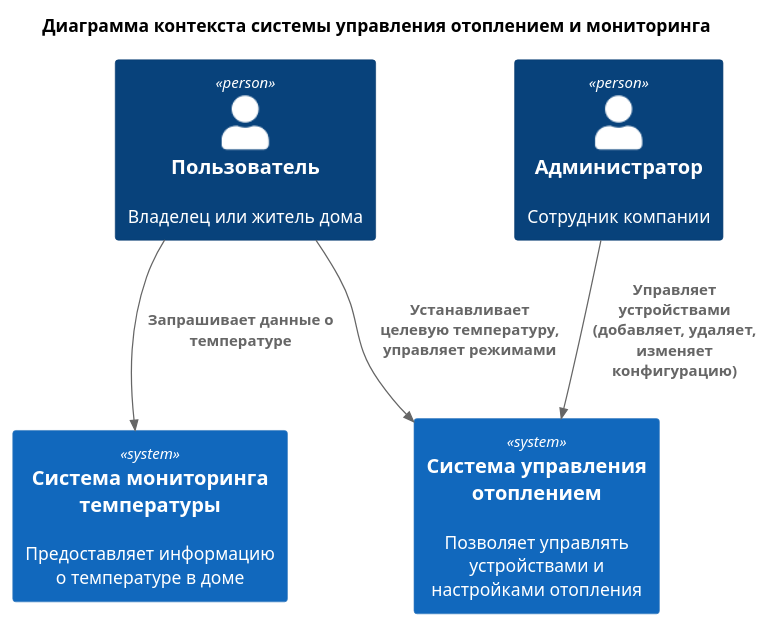
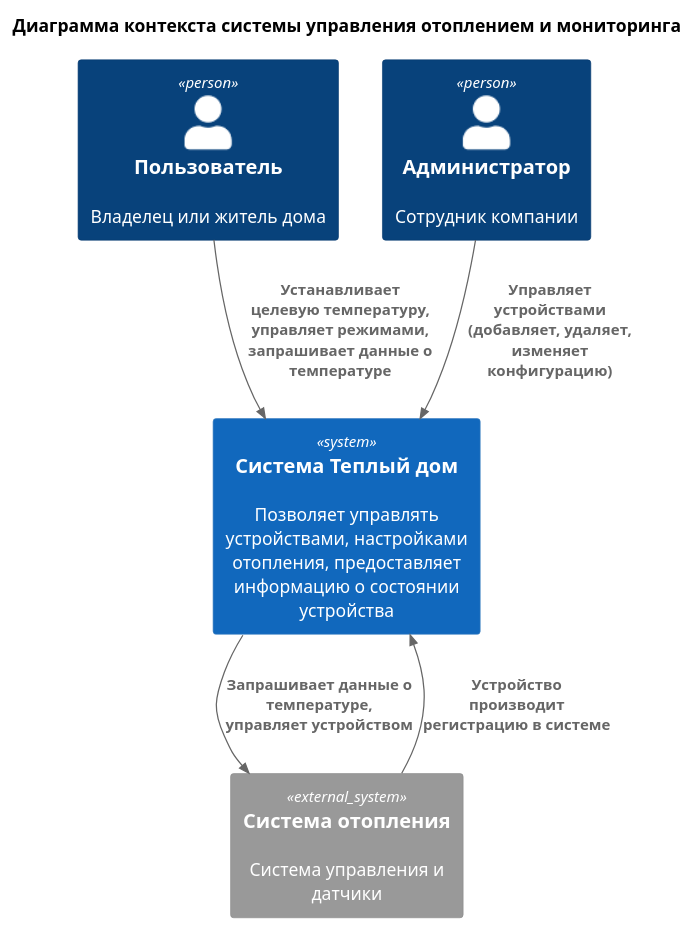
The diagram in diagrams/monolith-context-diagram.puml (egorbos-practicum/architecture-warmhouse), drawn with PlantUML before and after one commit. The commit also changed 3 other files, not shown here.

Commit message:
Добавляет диаграммы контейнеров

```diff
--- a/diagrams/monolith-context-diagram.puml
+++ b/diagrams/monolith-context-diagram.puml
@@ -1,17 +1,18 @@
 @startuml
 !include <C4/C4_Context>
 
 title Диаграмма контекста системы управления отоплением и мониторинга
 
-Person(user, "Пользователь", "Владелец или житель дома")
-Person(administrator, "Администратор", "Сотрудник компании")
+Person(User, "Пользователь", "Владелец или житель дома")
+Person(Administrator, "Администратор", "Сотрудник компании")
 
-System(heating_system, "Система управления отоплением", "Позволяет управлять устройствами и настройками отопления")
-System(temperature_system, "Система мониторинга температуры", "Предоставляет информацию о температуре в доме")
+System(WarmHouse, "Система Теплый дом", "Позволяет управлять устройствами, настройками отопления, предоставляет информацию о состоянии устройства")
+System_Ext(Sensors, "Система отопления", "Система управления и датчики")
 
-Rel(user, heating_system, "Устанавливает целевую температуру, управляет режимами")
-Rel(user, temperature_system, "Запрашивает данные о температуре")
+Rel(User, WarmHouse, "Устанавливает целевую температуру, управляет режимами, запрашивает данные о температуре")
+Rel(Administrator, WarmHouse, "Управляет устройствами (добавляет, удаляет, изменяет конфигурацию)")
 
-Rel(administrator, heating_system, "Управляет устройствами (добавляет, удаляет, изменяет конфигурацию)")
+Rel(WarmHouse, Sensors, "Запрашивает данные о температуре, управляет устройством")
+Rel(Sensors, WarmHouse, "Устройство производит регистрацию в системе")
 
 @enduml
```
